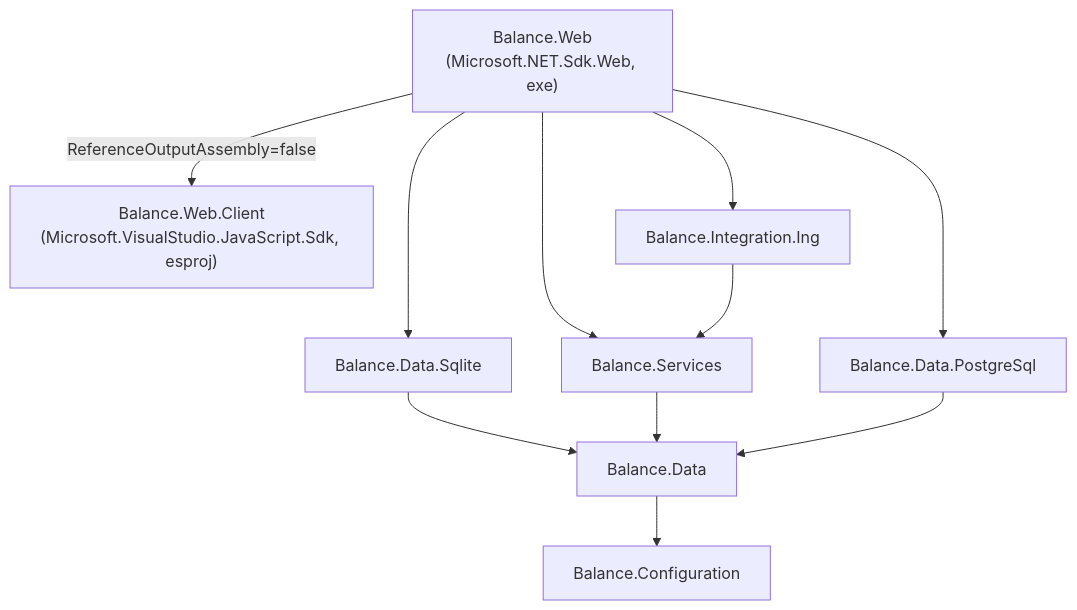
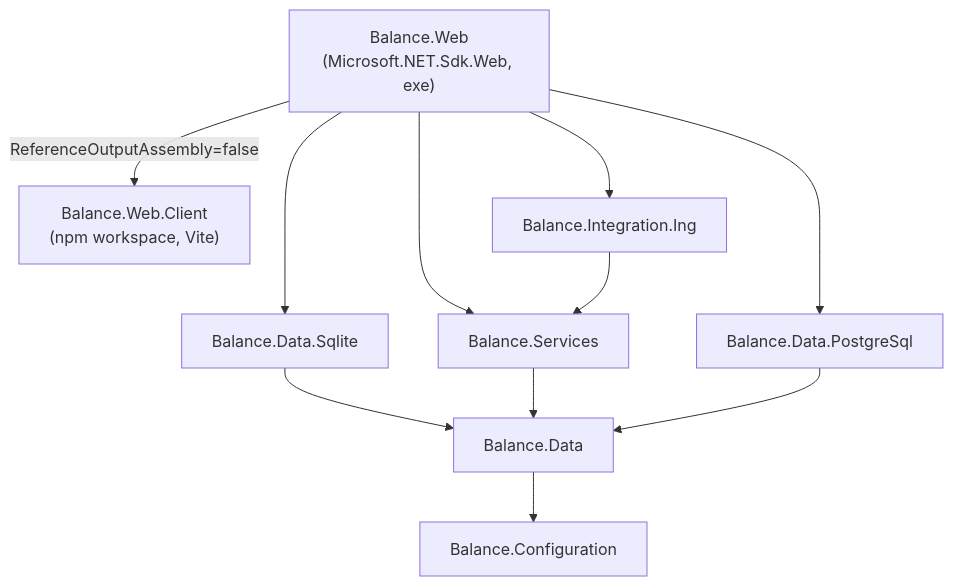
Before and after one commit to balance-budget/balance-budget: the diagram in docs/architecture.md, drawn with Mermaid. The commit also changed other lines of this file and 39 other files, not shown here.

````diff
--- a/docs/architecture.md
+++ b/docs/architecture.md
@@ -27,24 +27,24 @@
 ```mermaid
 graph TD
     Web["Balance.Web<br/>(Microsoft.NET.Sdk.Web, exe)"]
-    Client["Balance.Web.Client<br/>(Microsoft.VisualStudio.JavaScript.Sdk, esproj)"]
+    Client["Balance.Web.Client<br/>(npm workspace, Vite)"]
     Sqlite[Balance.Data.Sqlite]
     Postgres[Balance.Data.PostgreSql]
     Services[Balance.Services]
     Data[Balance.Data]
     Configuration[Balance.Configuration]
     IntegrationIng[Balance.Integration.Ing]
 
     Web -->|ReferenceOutputAssembly=false| Client
     Web --> Sqlite
     Web --> Services
     Web --> Postgres
     Web --> IntegrationIng
 
     Sqlite --> Data
     Services --> Data
     Postgres --> Data
     IntegrationIng --> Services
 
     Data --> Configuration
 ```
````
